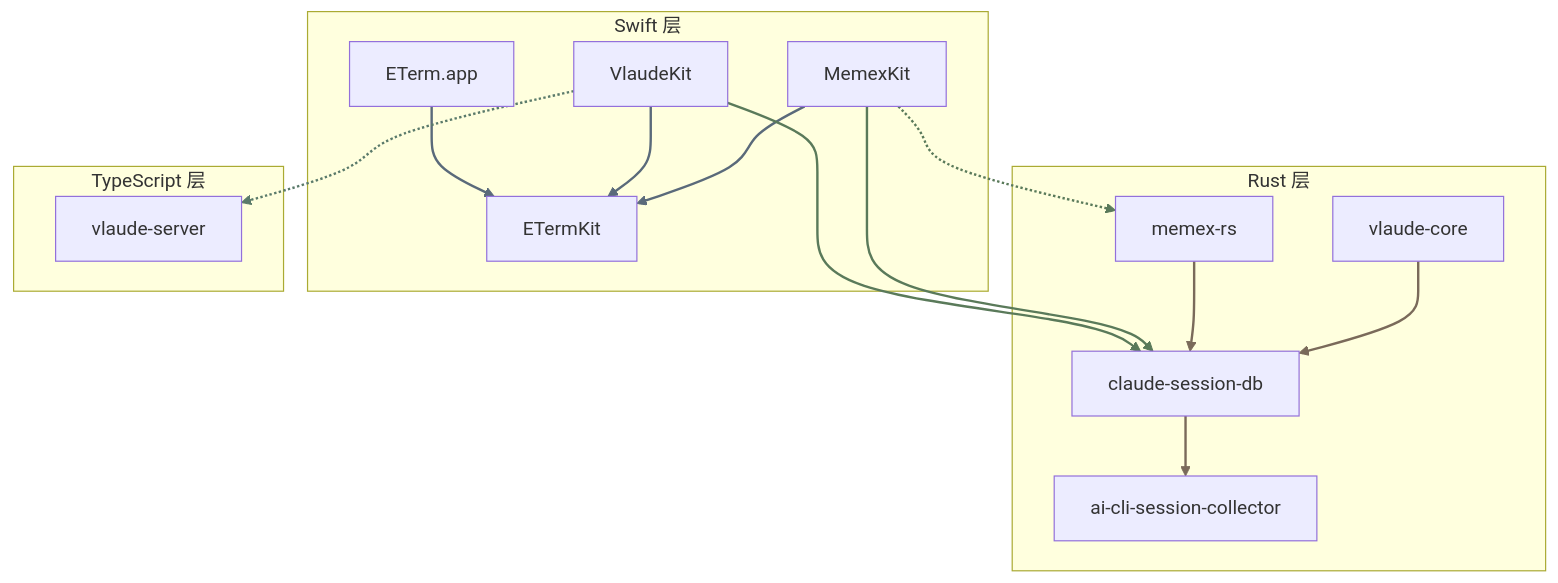
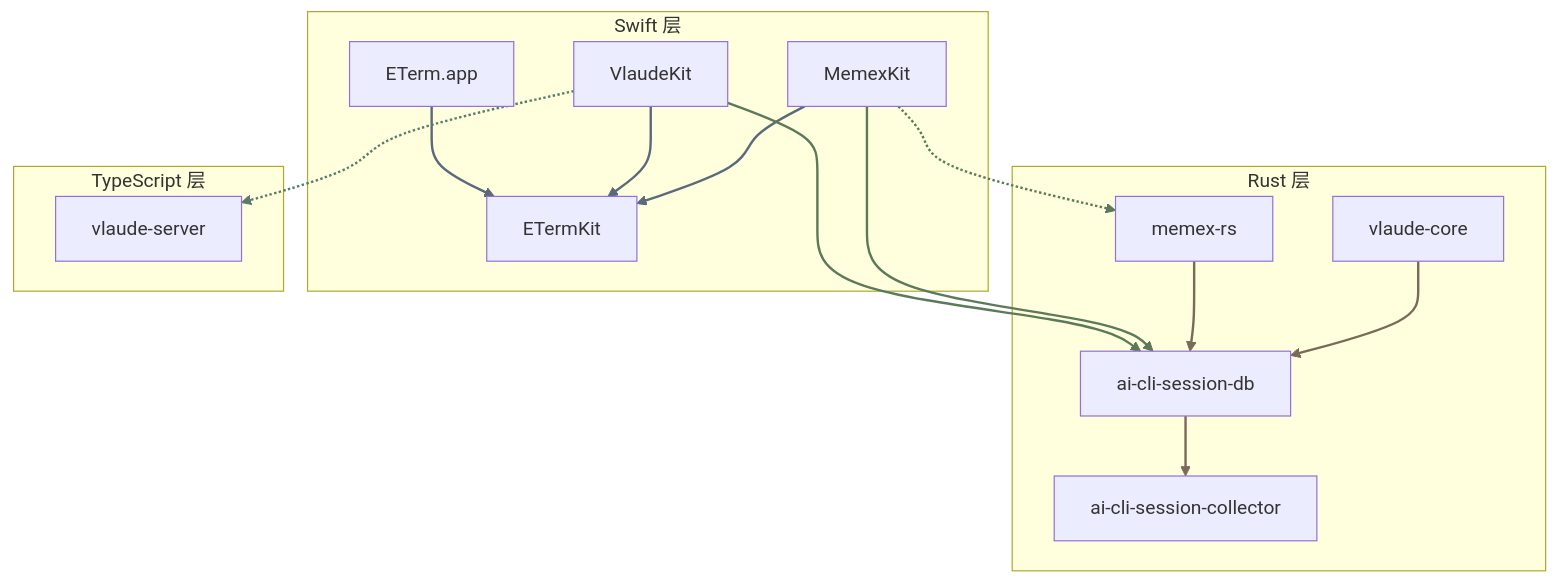
One commit to vimo-ai/ETerm-workspace changed the first of 4 diagrams in ARCHITECTURE.md. Above: the diagram before and after it, drawn with Mermaid. The commit also changed other lines of this file and 9 other files, not shown here.

First line of the commit message:
🔧 Rename claude-session-db to ai-cli-session-db

````diff
--- a/ARCHITECTURE.md
+++ b/ARCHITECTURE.md
@@ -48,44 +48,44 @@
 ```mermaid
 graph TD
     subgraph Swift["Swift 层"]
         ETerm["ETerm.app"]
         ETermKit["ETermKit"]
         VlaudeKit["VlaudeKit"]
         MemexKit["MemexKit"]
     end
 
     subgraph Rust["Rust 层"]
         collector["ai-cli-session-collector"]
-        sessiondb["claude-session-db"]
+        sessiondb["ai-cli-session-db"]
         memex["memex-rs"]
         vlaudecore["vlaude-core"]
     end
 
     subgraph TypeScript["TypeScript 层"]
         server["vlaude-server"]
     end
 
     %% Swift 内部依赖
     ETerm --> ETermKit
     VlaudeKit --> ETermKit
     MemexKit --> ETermKit
 
     %% Swift → Rust 跨层依赖 (统一通过 sessiondb FFI)
     VlaudeKit --> sessiondb
     MemexKit --> sessiondb
     MemexKit -.-> memex
 
     %% Rust 内部依赖 (sessiondb 作为统一入口)
     sessiondb --> collector
     memex --> sessiondb
     vlaudecore --> sessiondb
 
     %% Vlaude 连接
     VlaudeKit -.-> server
 
     %% 线条样式
     linkStyle 0,1,2 stroke:#5A6A7A,stroke-width:2px
     linkStyle 3,4,5 stroke:#5A7A5A,stroke-width:2px
     linkStyle 6,7,8 stroke:#7A6A5A,stroke-width:2px
     linkStyle 9 stroke:#5A7A6A,stroke-width:2px
 ```
````
